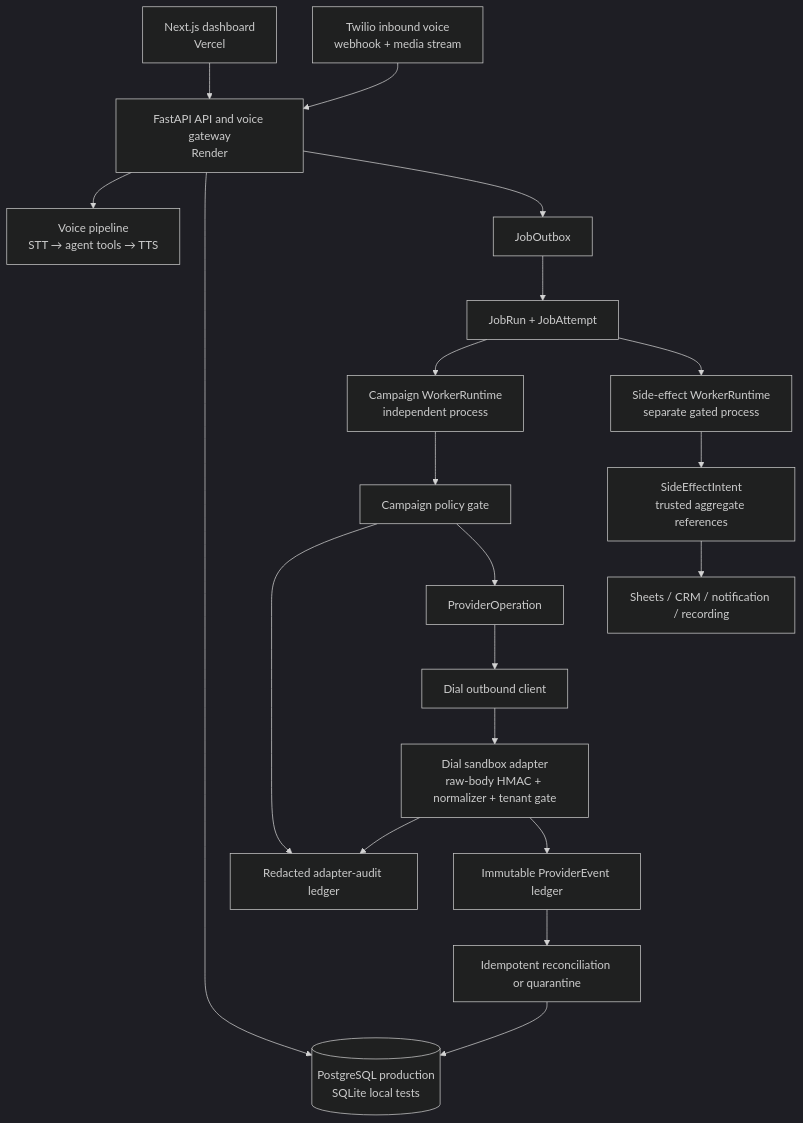
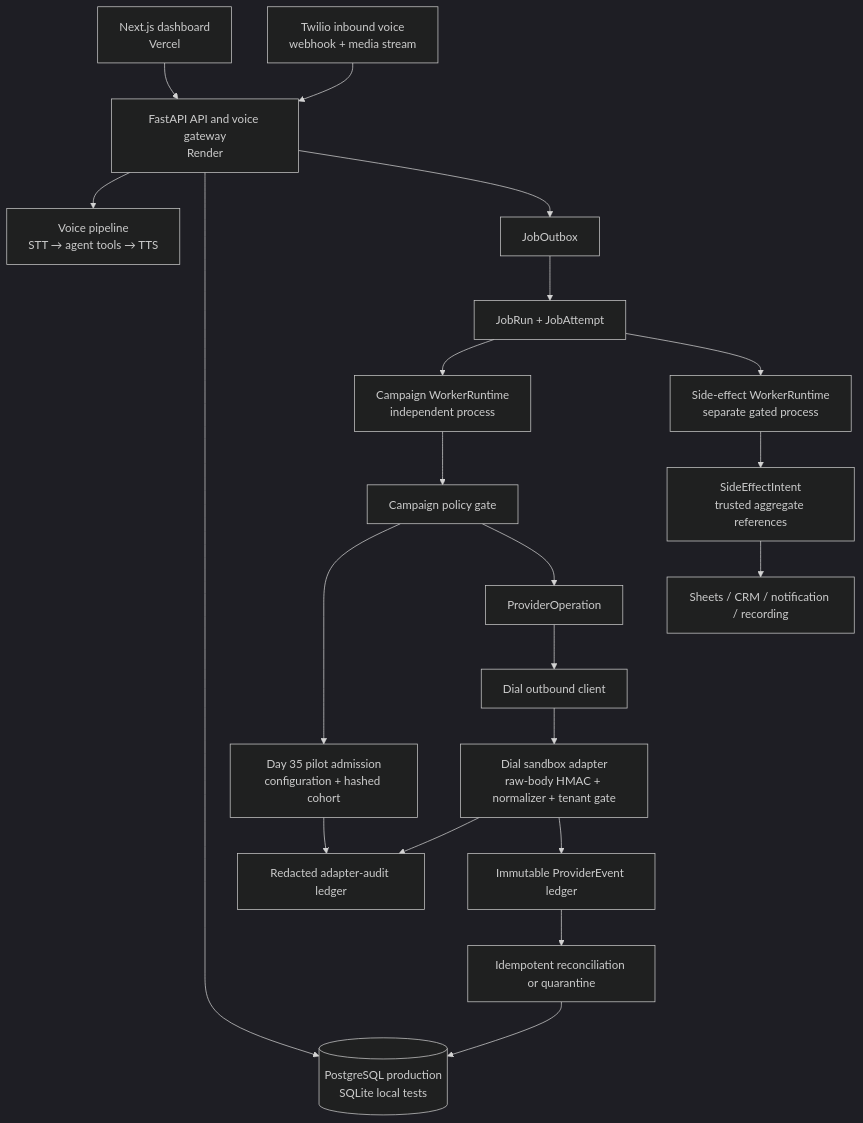
The first of 2 diagrams in ARCHITECTURE.md (jeevesh2515/voxflow-voice-agent), drawn with Mermaid (dark theme) before and after one commit. The commit also changed other lines of this file and 21 other files, not shown here.

````diff
--- a/ARCHITECTURE.md
+++ b/ARCHITECTURE.md
@@ -11,22 +11,23 @@
 ```mermaid
 flowchart TB
     Browser[Next.js dashboard\nVercel] --> API
     Twilio[Twilio inbound voice\nwebhook + media stream] --> API[FastAPI API and voice gateway\nRender]
     API --> Voice[Voice pipeline\nSTT → agent tools → TTS]
     API --> DB[(PostgreSQL production\nSQLite local tests)]
     API --> Outbox[JobOutbox]
     Outbox --> Ledger[JobRun + JobAttempt]
     Ledger --> Worker[Campaign WorkerRuntime\nindependent process]
     Worker --> Gate[Campaign policy gate]
-    Gate --> Audit[CampaignPolicyDecision]
+    Gate --> Pilot[Day 35 pilot admission\nconfiguration + hashed cohort]
+    Pilot --> Audit[CampaignPolicyDecision]
     Gate --> ProviderOp[ProviderOperation]
     Ledger --> SideWorker[Side-effect WorkerRuntime\nseparate gated process]
     SideWorker --> Intent[SideEffectIntent\ntrusted aggregate references]
     Intent --> Integrations[Sheets / CRM / notification / recording]
     ProviderOp --> Dial[Dial outbound client]
     Dial --> Callback[Dial sandbox adapter\nraw-body HMAC + normalizer + tenant gate]
     Callback --> Audit[Redacted adapter-audit ledger]
     Callback --> Events[Immutable ProviderEvent ledger]
     Events --> Recon[Idempotent reconciliation or quarantine]
     Recon --> DB
 ```
````
